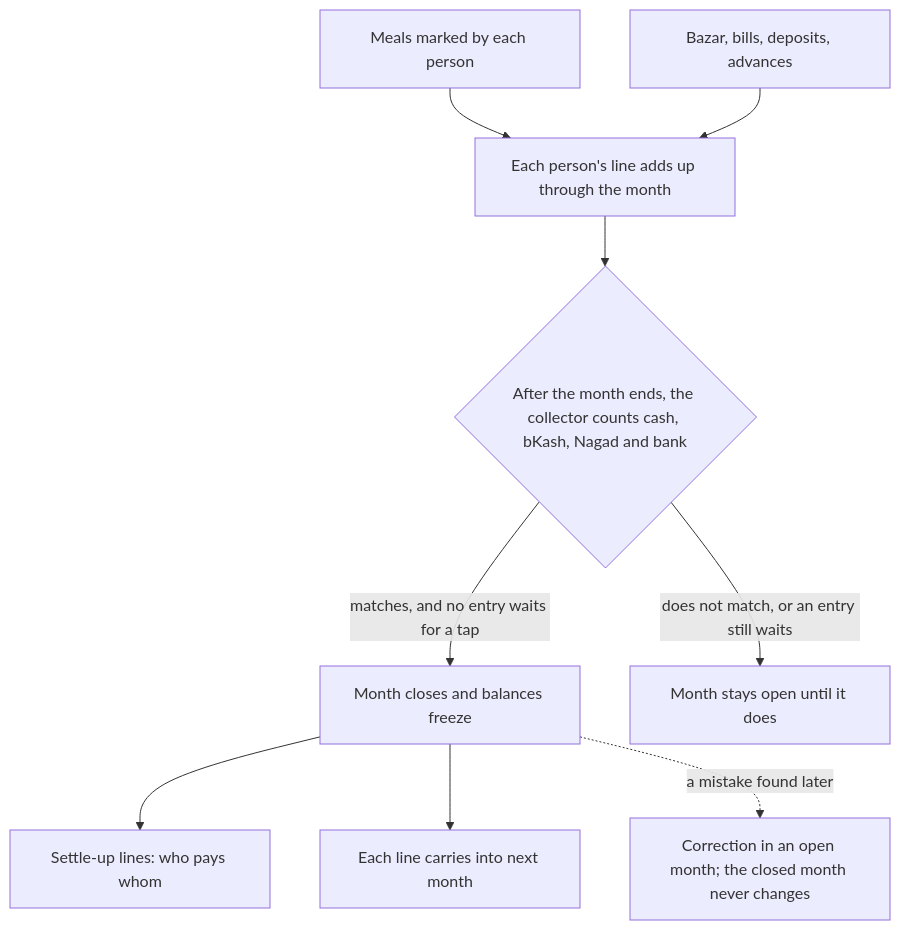
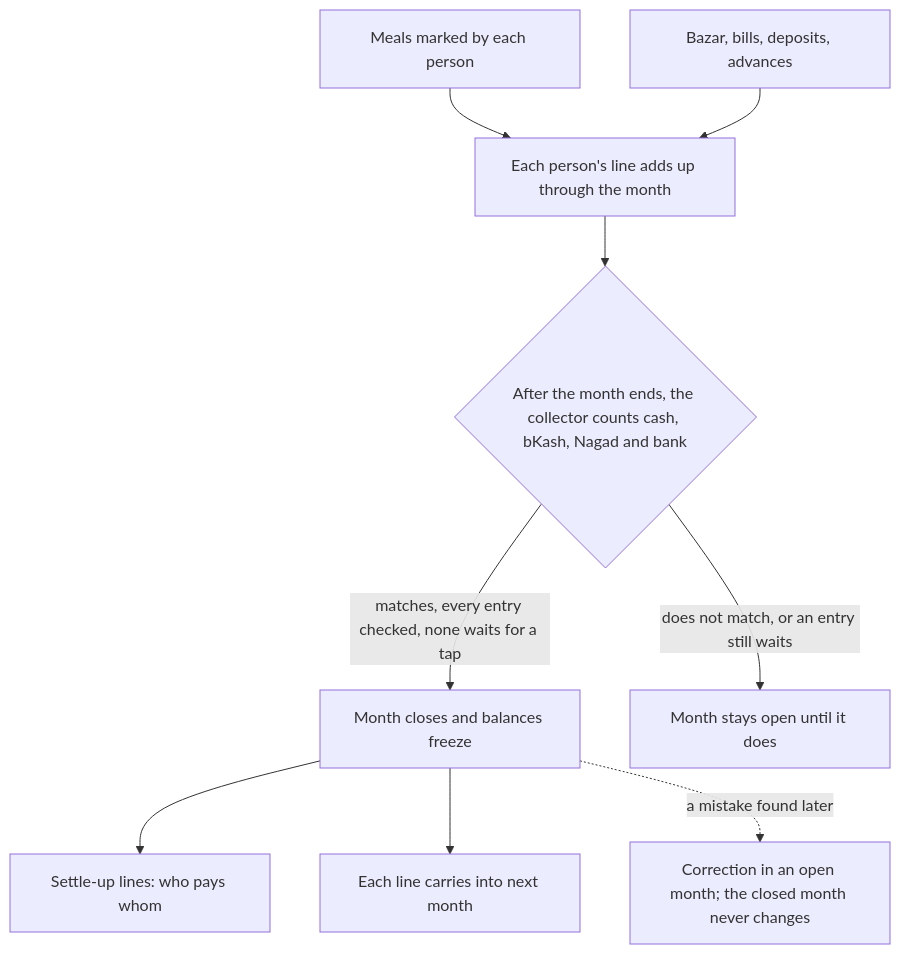
Before and after one commit to 07fahim/bashabook: the first of 3 diagrams in README.md, drawn with Mermaid. The commit also changed other lines of this file, not shown here.

````diff
--- a/README.md
+++ b/README.md
@@ -54,11 +56,11 @@
 ```mermaid
 flowchart TD
   M["Meals marked by each person"] --> L["Each person's line adds up through the month"]
   E["Bazar, bills, deposits, advances"] --> L
   L --> C{"After the month ends, the collector counts cash, bKash, Nagad and bank"}
-  C -- "matches, and no entry waits for a tap" --> F["Month closes and balances freeze"]
+  C -- "matches, every entry checked, none waits for a tap" --> F["Month closes and balances freeze"]
   C -- "does not match, or an entry still waits" --> O["Month stays open until it does"]
   F --> S["Settle-up lines: who pays whom"]
   F --> N["Each line carries into next month"]
   F -. "a mistake found later" .-> K["Correction in an open month; the closed month never changes"]
 ```
````
